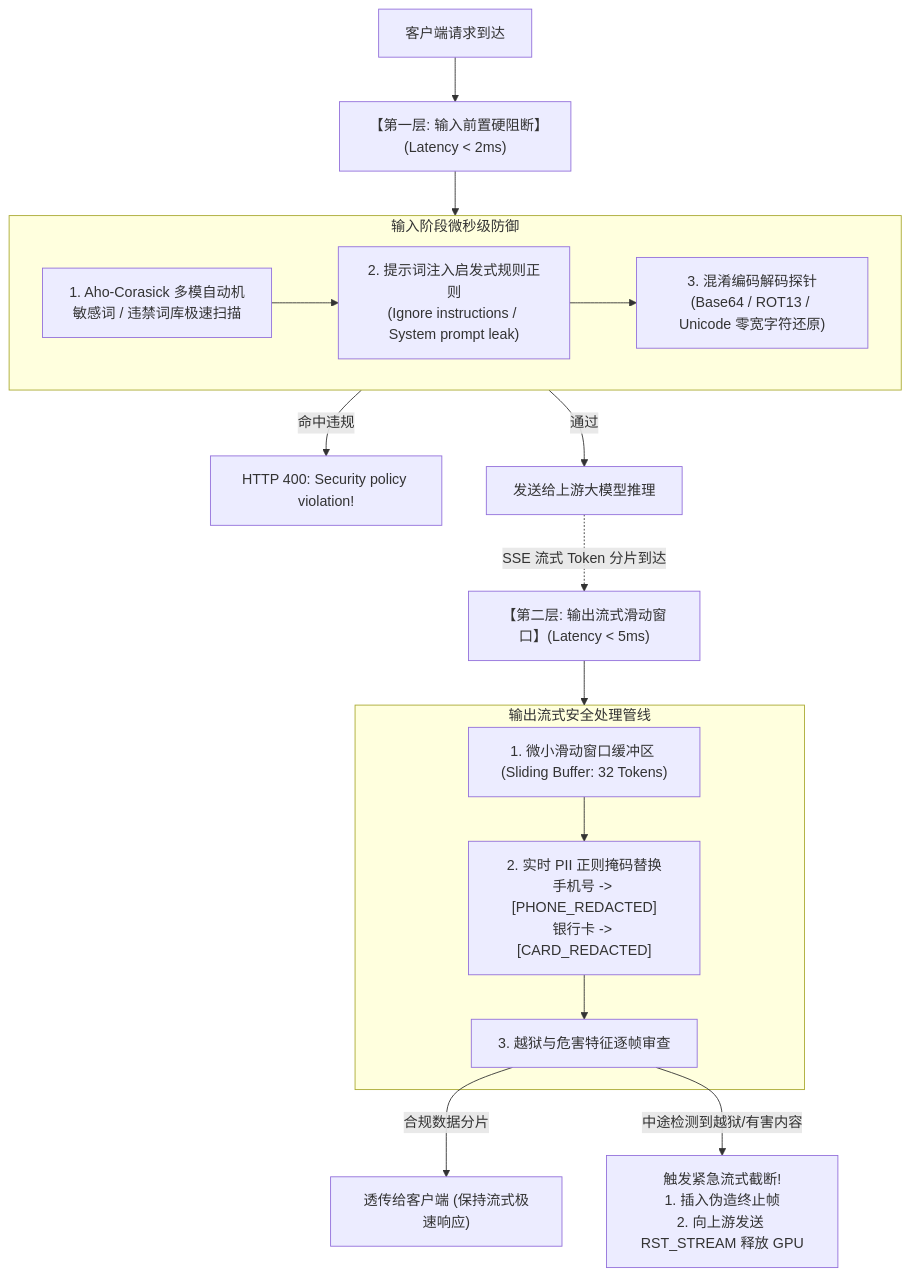
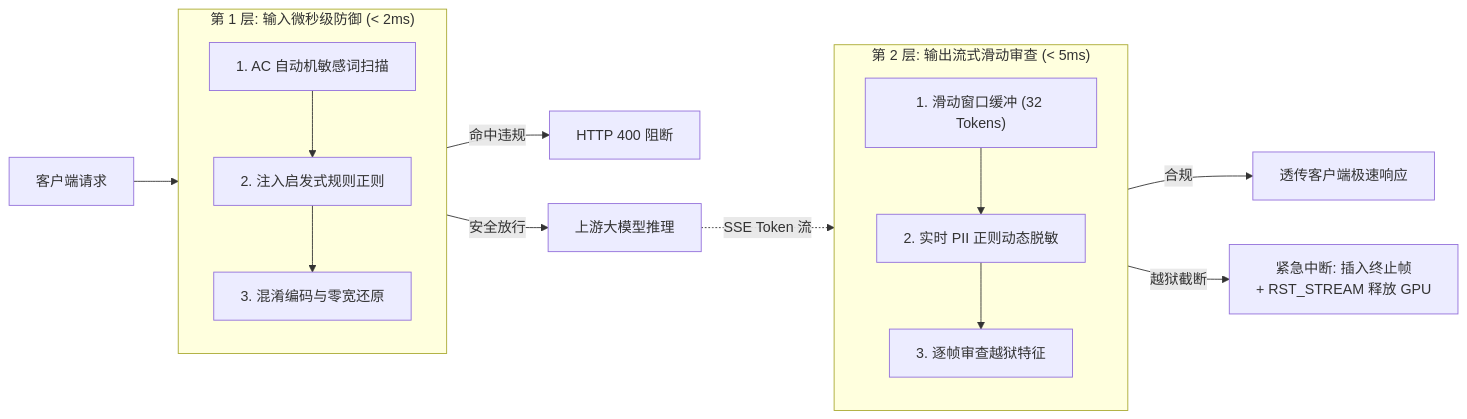
Before and after one commit to MoreConsequence/MoreConsequence.github.io: the second of 3 diagrams in content/posts/ai-agent-gateway/ai-gateway-08-streaming-guardrails-jailbreak.md, drawn with Mermaid. The commit also changed other lines of this file and 835 other files, not shown here.

First line of the commit message:
feat(blog): 全站33篇新增深度专栏与博文全量审核上线及矢量图表优化

````diff
--- a/content/posts/ai-agent-gateway/ai-gateway-08-streaming-guardrails-jailbreak.md
+++ b/content/posts/ai-agent-gateway/ai-gateway-08-streaming-guardrails-jailbreak.md
@@ -86,32 +77,28 @@
 ```mermaid
-flowchart TD
-    ClientReq["客户端请求到达"] --> Stage1["【第一层: 输入前置硬阻断】(Latency < 2ms)"]
+flowchart LR
+    ClientReq["客户端请求"] --> Stage1Pipeline
 
-    subgraph Stage1Pipeline["输入阶段微秒级防御"]
-        AC_Filter["1. Aho-Corasick 多模自动机<br/>敏感词 / 违禁词库极速扫描"]
-        Injection_Detect["2. 提示词注入启发式规则正则<br/>(Ignore instructions / System prompt leak)"]
-        Base64_Detect["3. 混淆编码解码探针<br/>(Base64 / ROT13 / Unicode 零宽字符还原)"]
-        
+    subgraph Stage1Pipeline["第 1 层: 输入微秒级防御 (< 2ms)"]
+        direction TB
+        AC_Filter["1. AC 自动机敏感词扫描"]
+        Injection_Detect["2. 注入启发式规则正则"]
+        Base64_Detect["3. 混淆编码与零宽还原"]
         AC_Filter --> Injection_Detect --> Base64_Detect
     end
 
-    Stage1 --> Stage1Pipeline
+    Stage1Pipeline -->|"命中违规"| RejectInput["HTTP 400 阻断"]
+    Stage1Pipeline -->|"安全放行"| ForwardLLM["上游大模型推理"]
 
-    Stage1Pipeline -->|"命中违规"| RejectInput["HTTP 400: Security policy violation!"]
-    Stage1Pipeline -->|"通过"| ForwardLLM["发送给上游大模型推理"]
+    ForwardLLM -.->|"SSE Token 流"| Stage2Pipeline
 
-    ForwardLLM -.->|"SSE 流式 Token 分片到达"| Stage2["【第二层: 输出流式滑动窗口】(Latency < 5ms)"]
-
-    subgraph Stage2Pipeline["输出流式安全处理管线"]
-        SlidingWindow["1. 微小滑动窗口缓冲区 (Sliding Buffer: 32 Tokens)"]
-        PII_Masker["2. 实时 PII 正则掩码替换<br/>手机号 -> [PHONE_REDACTED]<br/>银行卡 -> [CARD_REDACTED]"]
-        StreamTap["3. 越狱与危害特征逐帧审查"]
-        
+    subgraph Stage2Pipeline["第 2 层: 输出流式滑动审查 (< 5ms)"]
+        direction TB
+        SlidingWindow["1. 滑动窗口缓冲 (32 Tokens)"]
+        PII_Masker["2. 实时 PII 正则动态脱敏"]
+        StreamTap["3. 逐帧审查越狱特征"]
         SlidingWindow --> PII_Masker --> StreamTap
     end
 
-    Stage2 --> Stage2Pipeline
-
-    StreamTap -->|"合规数据分片"| PushClient["透传给客户端 (保持流式极速响应)"]
-    StreamTap -->|"中途检测到越狱/有害内容"| AbortStream["触发紧急流式截断!<br/>1. 插入伪造终止帧<br/>2. 向上游发送 RST_STREAM 释放 GPU"]
+    StreamTap -->|"合规"| PushClient["透传客户端极速响应"]
+    StreamTap -->|"越狱截断"| AbortStream["紧急中断: 插入终止帧<br/>+ RST_STREAM 释放 GPU"]
 ```
````
